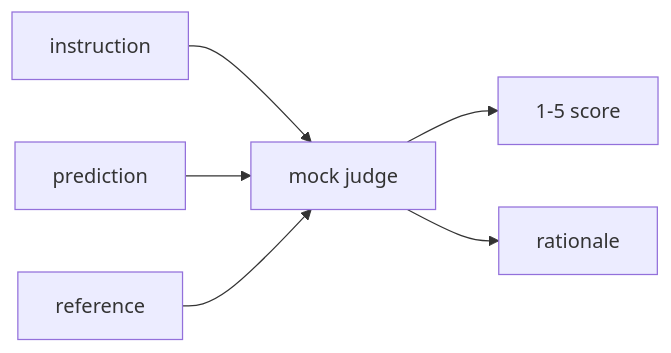
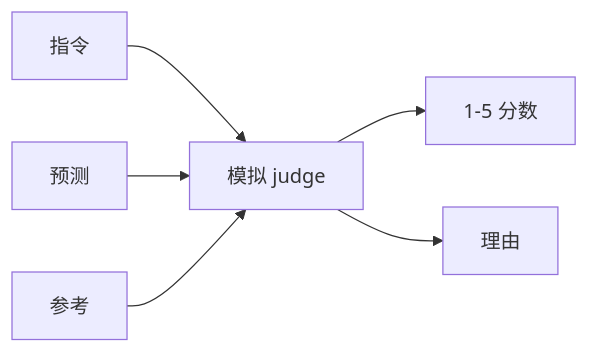
One commit to guangningsun/ailearning changed the second of 3 diagrams in lessons/19-capstone-projects/41-eval-pipeline/docs/zh.md. Above: the diagram before and after it, drawn with Mermaid. The commit also changed other lines of this file and 85 other files, not shown here.

````diff
--- a/lessons/19-capstone-projects/41-eval-pipeline/docs/zh.md
+++ b/lessons/19-capstone-projects/41-eval-pipeline/docs/zh.md
@@ -86,8 +86,8 @@
 ```mermaid
 flowchart LR
-  Inst[instruction] --> Judge[mock judge]
-  Pred[prediction] --> Judge
-  Ref[reference] --> Judge
-  Judge --> Score[1-5 score]
-  Judge --> Why[rationale]
+  Inst[指令] --> Judge[模拟 judge]
+  Pred[预测] --> Judge
+  Ref[参考] --> Judge
+  Judge --> Score[1-5 分数]
+  Judge --> Why[理由]
 ```
````
